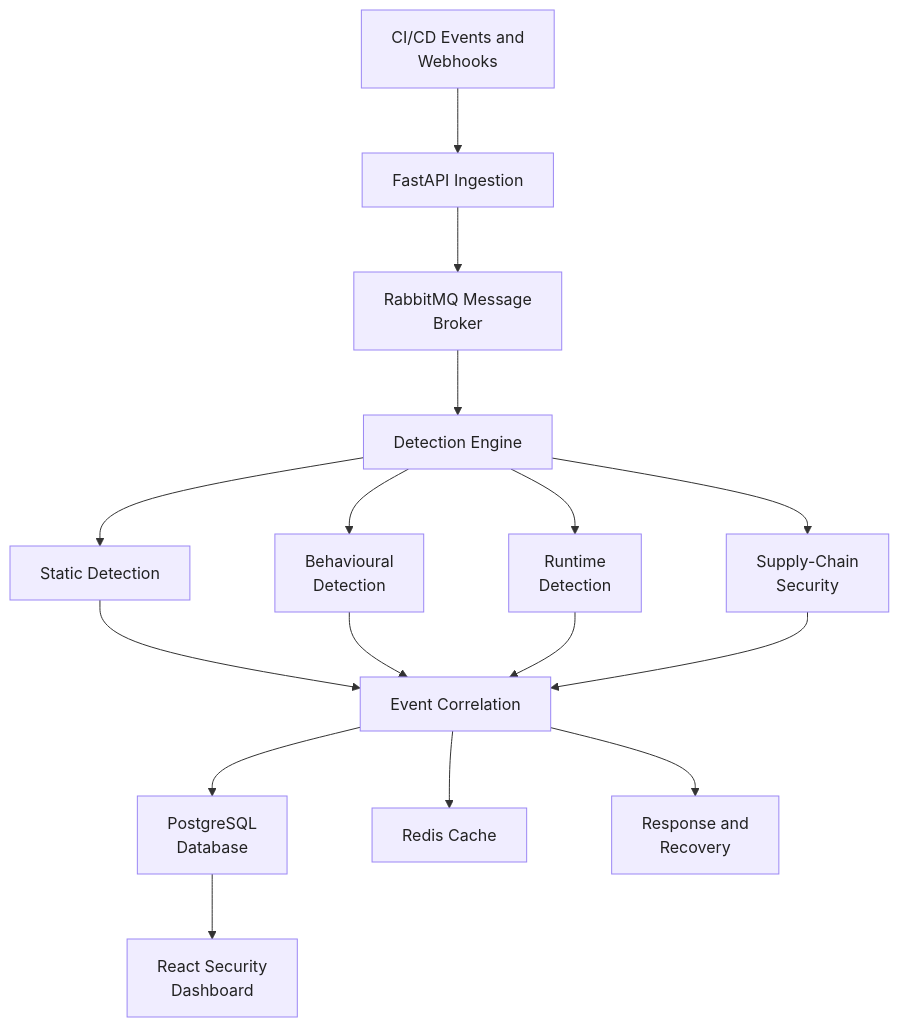
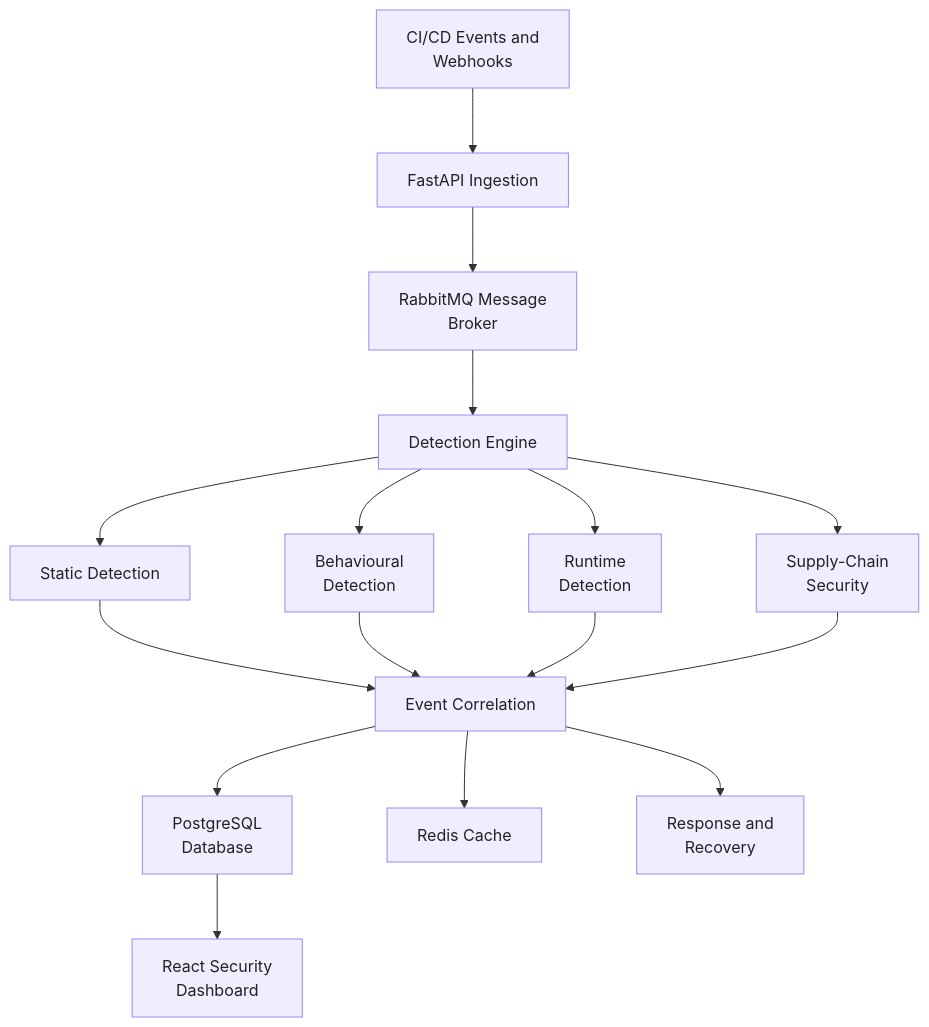
One commit to Hp-132/PipelineSentry-DevSecOps changed the diagram in README.md. Above: the diagram before and after it, drawn with Mermaid.

````diff
--- a/README.md
+++ b/README.md
@@ -26,26 +26,26 @@
 ```mermaid
-%%{init: {"flowchart": {"nodeSpacing": 85, "rankSpacing": 65, "useMaxWidth": true}, "themeVariables": {"fontSize": "16px"}}}%%
+%%{init: {"flowchart": {"nodeSpacing": 95, "rankSpacing": 65, "useMaxWidth": true}, "themeVariables": {"fontSize": "16px"}}}%%
 flowchart TD
     A["CI/CD Events and<br/>Webhooks"] --> B["FastAPI Ingestion"]
     B --> C["RabbitMQ Message<br/>Broker"]
     C --> D["Detection Engine"]
 
     D --> E["Static Detection"]
     D --> F["Behavioural<br/>Detection"]
     D --> G["Runtime<br/>Detection"]
     D --> H["Supply-Chain<br/>Security"]
 
     E --> I["Event Correlation"]
     F --> I
     G --> I
     H --> I
 
     I --> J["PostgreSQL<br/>Database"]
     I --> K["Redis Cache"]
     I --> L["Response and<br/>Recovery"]
 
     J --> M["React Security<br/>Dashboard"]
 
     classDef service fill:#f0edff,stroke:#9b87f5,color:#222,stroke-width:1px
     class A,B,C,D,E,F,G,H,I,J,K,L,M service
 ```
````
